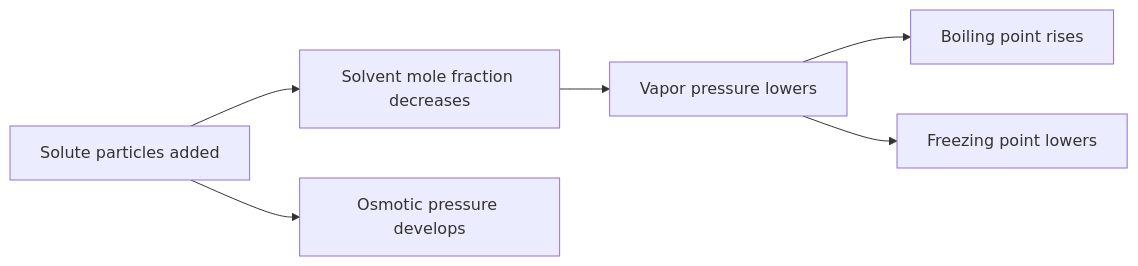
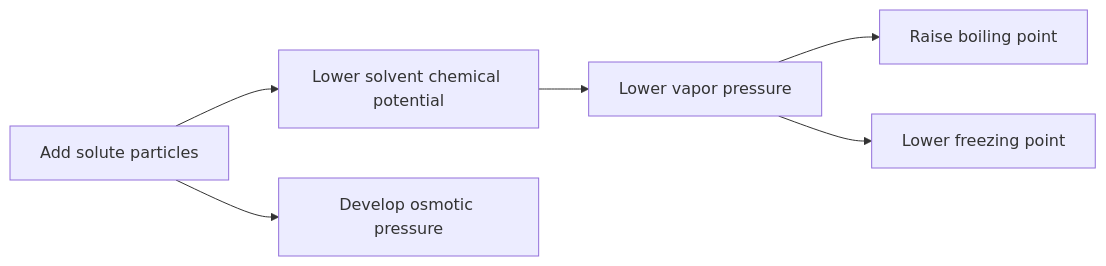
One commit to justinbrianhwang/SJ-wiki changed the diagram in docs/chemistry/general/solutions-and-colligative-properties.md. Above: the diagram before and after it, drawn with Mermaid. The commit also changed other lines of this file and 955 other files, not shown here.

````diff
--- a/docs/chemistry/general/solutions-and-colligative-properties.md
+++ b/docs/chemistry/general/solutions-and-colligative-properties.md
@@ -67,8 +43,8 @@
 ```mermaid
 flowchart LR
-  A[Solute particles added] --> B[Solvent mole fraction decreases]
-  B --> C[Vapor pressure lowers]
-  C --> D[Boiling point rises]
-  C --> E[Freezing point lowers]
-  A --> F[Osmotic pressure develops]
+  A[Add solute particles] --> B[Lower solvent chemical potential]
+  B --> C[Lower vapor pressure]
+  C --> D[Raise boiling point]
+  C --> E[Lower freezing point]
+  A --> F[Develop osmotic pressure]
 ```
````
